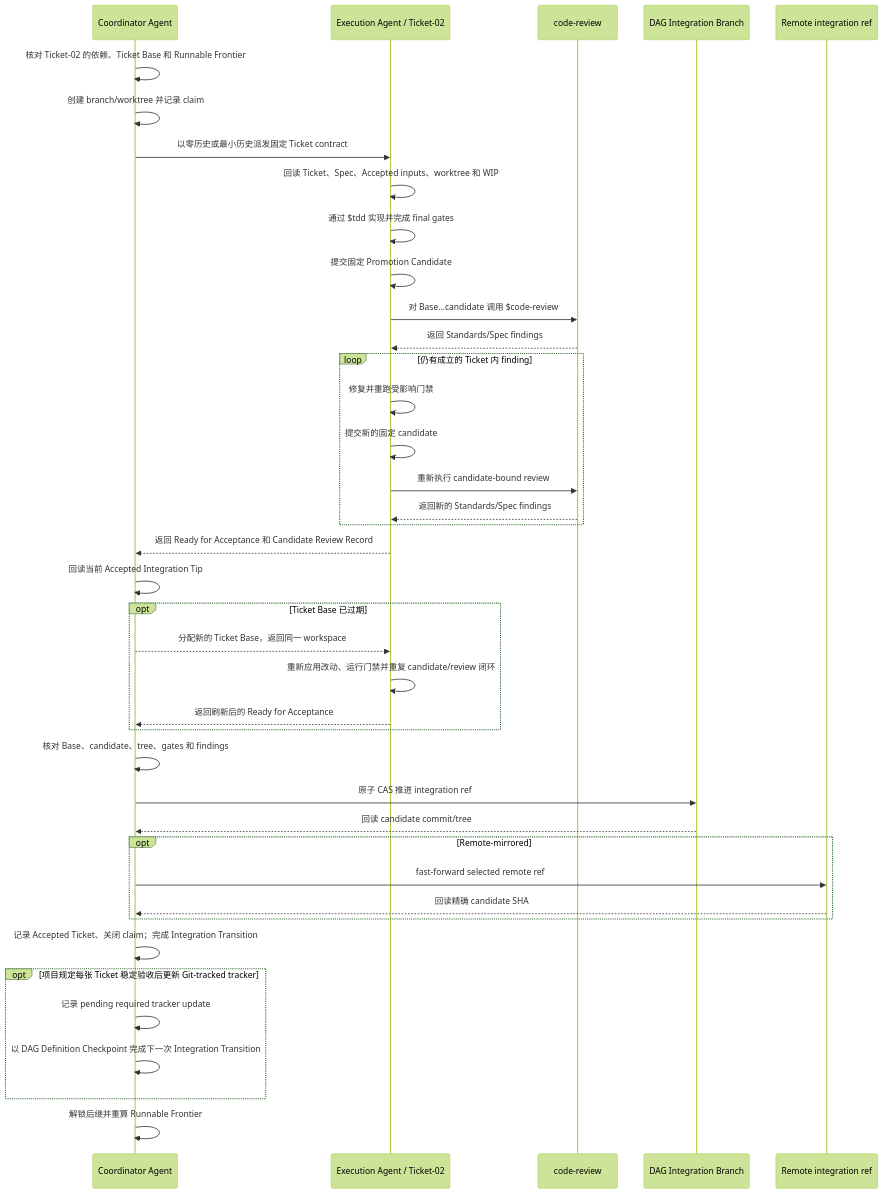
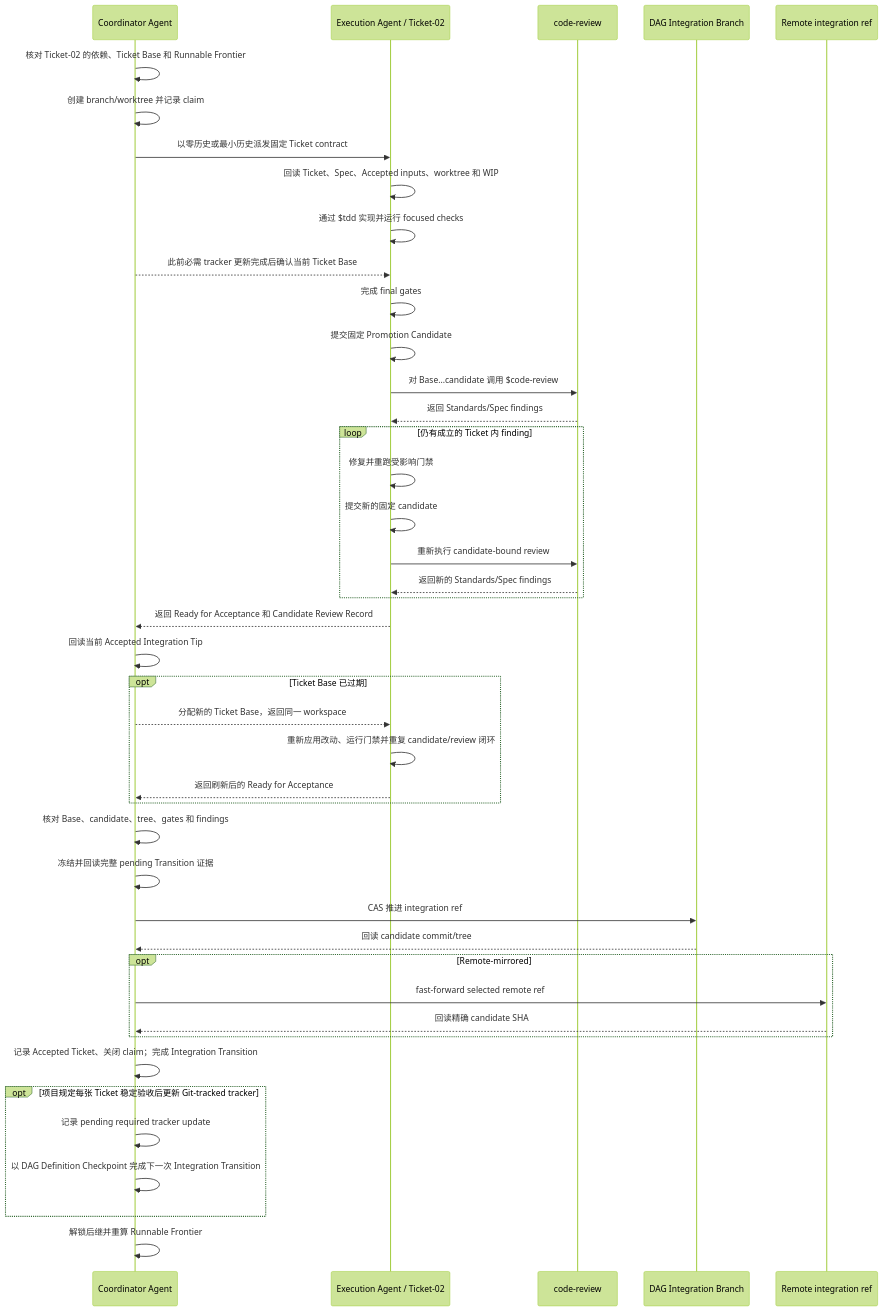
Before and after one commit to RedHeartSecretMan/dag-skill: the diagram in README_ZH.md, drawn with Mermaid (forest theme). The commit also changed other lines of this file and 11 other files, not shown here.

````diff
--- a/README_ZH.md
+++ b/README_ZH.md
@@ -55,52 +60,55 @@
 ```mermaid
 sequenceDiagram
     participant C as Coordinator Agent
     participant E as Execution Agent / Ticket-02
     participant R as code-review
     participant I as DAG Integration Branch
     participant M as Remote integration ref
 
     C->>C: 核对 Ticket-02 的依赖、Ticket Base 和 Runnable Frontier
     C->>C: 创建 branch/worktree 并记录 claim
     C->>E: 以零历史或最小历史派发固定 Ticket contract
 
     E->>E: 回读 Ticket、Spec、Accepted inputs、worktree 和 WIP
-    E->>E: 通过 $tdd 实现并完成 final gates
+    E->>E: 通过 $tdd 实现并运行 focused checks
+    C-->>E: 此前必需 tracker 更新完成后确认当前 Ticket Base
+    E->>E: 完成 final gates
     E->>E: 提交固定 Promotion Candidate
     E->>R: 对 Base...candidate 调用 $code-review
     R-->>E: 返回 Standards/Spec findings
 
     loop 仍有成立的 Ticket 内 finding
         E->>E: 修复并重跑受影响门禁
         E->>E: 提交新的固定 candidate
         E->>R: 重新执行 candidate-bound review
         R-->>E: 返回新的 Standards/Spec findings
     end
 
     E-->>C: 返回 Ready for Acceptance 和 Candidate Review Record
     C->>C: 回读当前 Accepted Integration Tip
 
     opt Ticket Base 已过期
         C-->>E: 分配新的 Ticket Base，返回同一 workspace
         E->>E: 重新应用改动、运行门禁并重复 candidate/review 闭环
         E-->>C: 返回刷新后的 Ready for Acceptance
     end
 
     C->>C: 核对 Base、candidate、tree、gates 和 findings
-    C->>I: 原子 CAS 推进 integration ref
+    C->>C: 冻结并回读完整 pending Transition 证据
+    C->>I: CAS 推进 integration ref
     I-->>C: 回读 candidate commit/tree
 
     opt Remote-mirrored
         C->>M: fast-forward selected remote ref
         M-->>C: 回读精确 candidate SHA
     end
 
     C->>C: 记录 Accepted Ticket、关闭 claim；完成 Integration Transition
 
     opt 项目规定每张 Ticket 稳定验收后更新 Git-tracked tracker
         C->>C: 记录 pending required tracker update
         C->>C: 以 DAG Definition Checkpoint 完成下一次 Integration Transition
     end
 
     C->>C: 解锁后继并重算 Runnable Frontier
 ```
````
